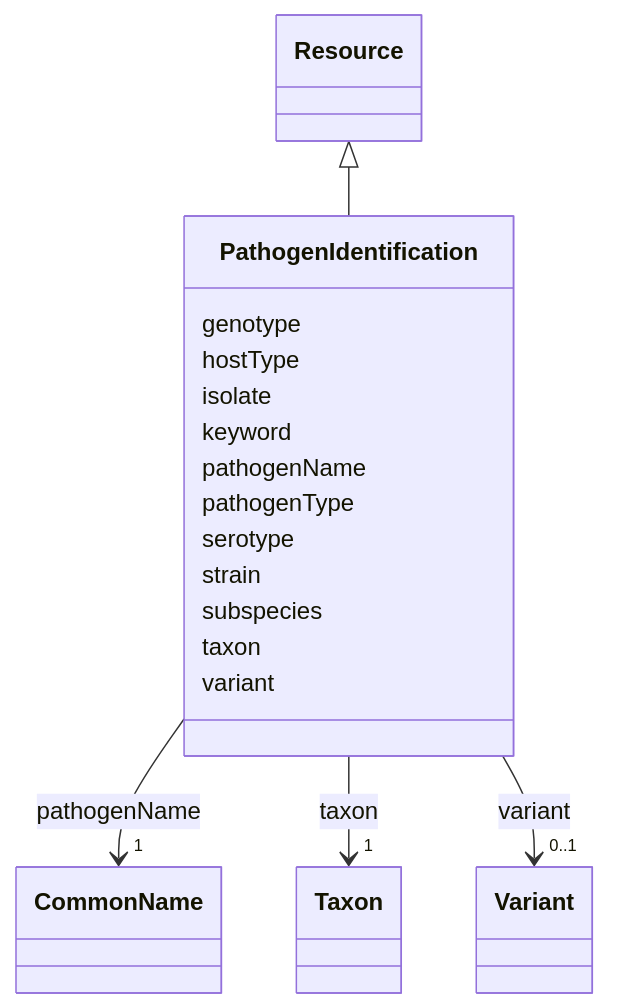
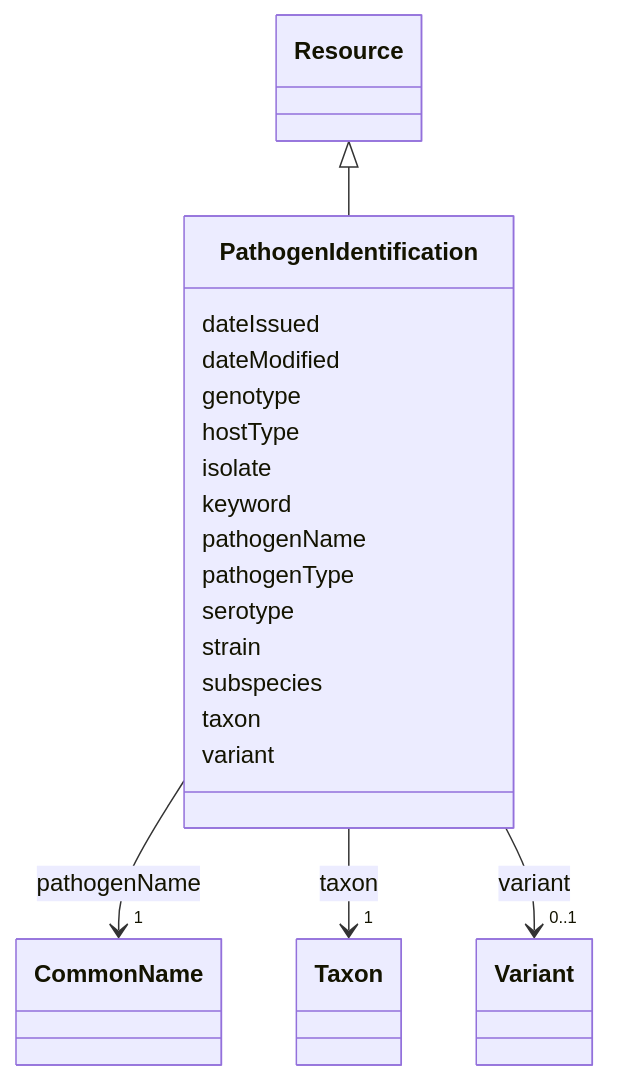
One commit to EVORA-project/evora-ontology changed the diagram in models/docs/PathogenIdentification.md. Above: the diagram before and after it, drawn with Mermaid. The commit also changed other lines of this file and 377 other files, not shown here.

````diff
--- a/models/docs/PathogenIdentification.md
+++ b/models/docs/PathogenIdentification.md
@@ -19,52 +19,56 @@
 ```mermaid
  classDiagram
     class PathogenIdentification
     click PathogenIdentification href "../PathogenIdentification"
       Resource <|-- PathogenIdentification
         click Resource href "../Resource"
       
+      PathogenIdentification : dateIssued
+        
+      PathogenIdentification : dateModified
+        
       PathogenIdentification : genotype
         
       PathogenIdentification : hostType
         
       PathogenIdentification : isolate
         
       PathogenIdentification : keyword
         
       PathogenIdentification : pathogenName
         
           
     
     
     PathogenIdentification --> "1" CommonName : pathogenName
     click CommonName href "../CommonName"
 
         
       PathogenIdentification : pathogenType
         
       PathogenIdentification : serotype
         
       PathogenIdentification : strain
         
       PathogenIdentification : subspecies
         
       PathogenIdentification : taxon
         
           
     
     
     PathogenIdentification --> "1" Taxon : taxon
     click Taxon href "../Taxon"
 
         
       PathogenIdentification : variant
         
           
     
     
     PathogenIdentification --> "0..1" Variant : variant
     click Variant href "../Variant"
 
         
       
 ```
````
